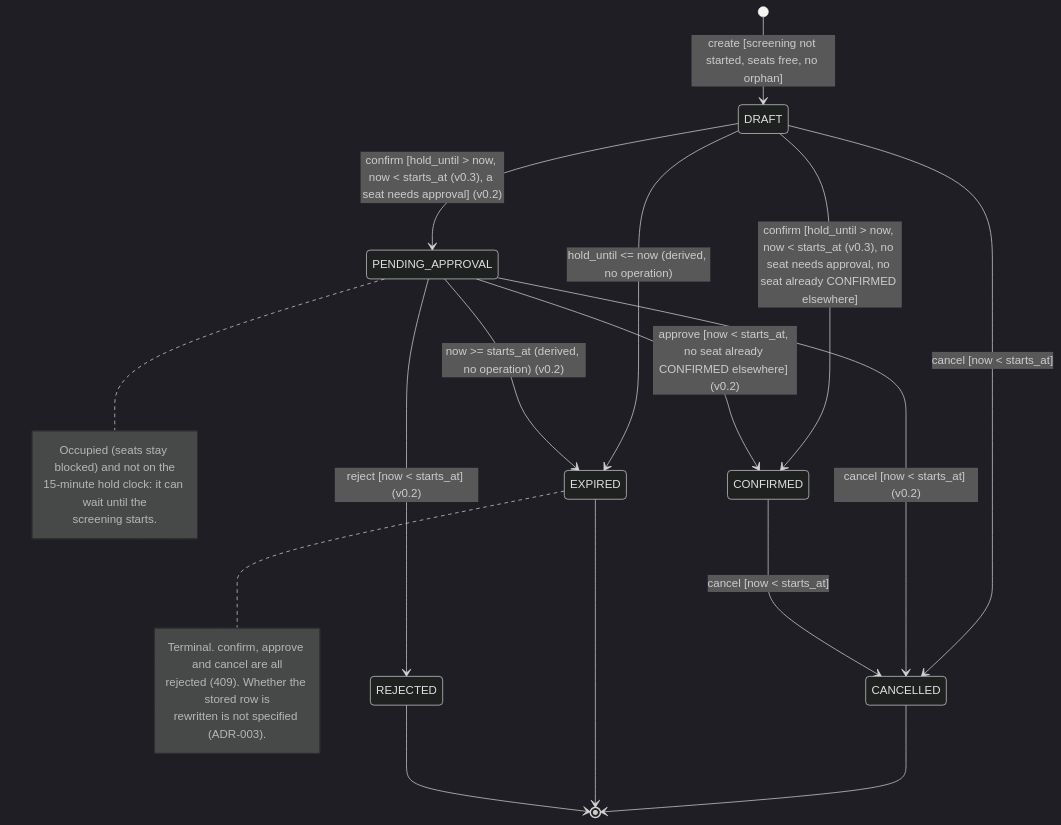
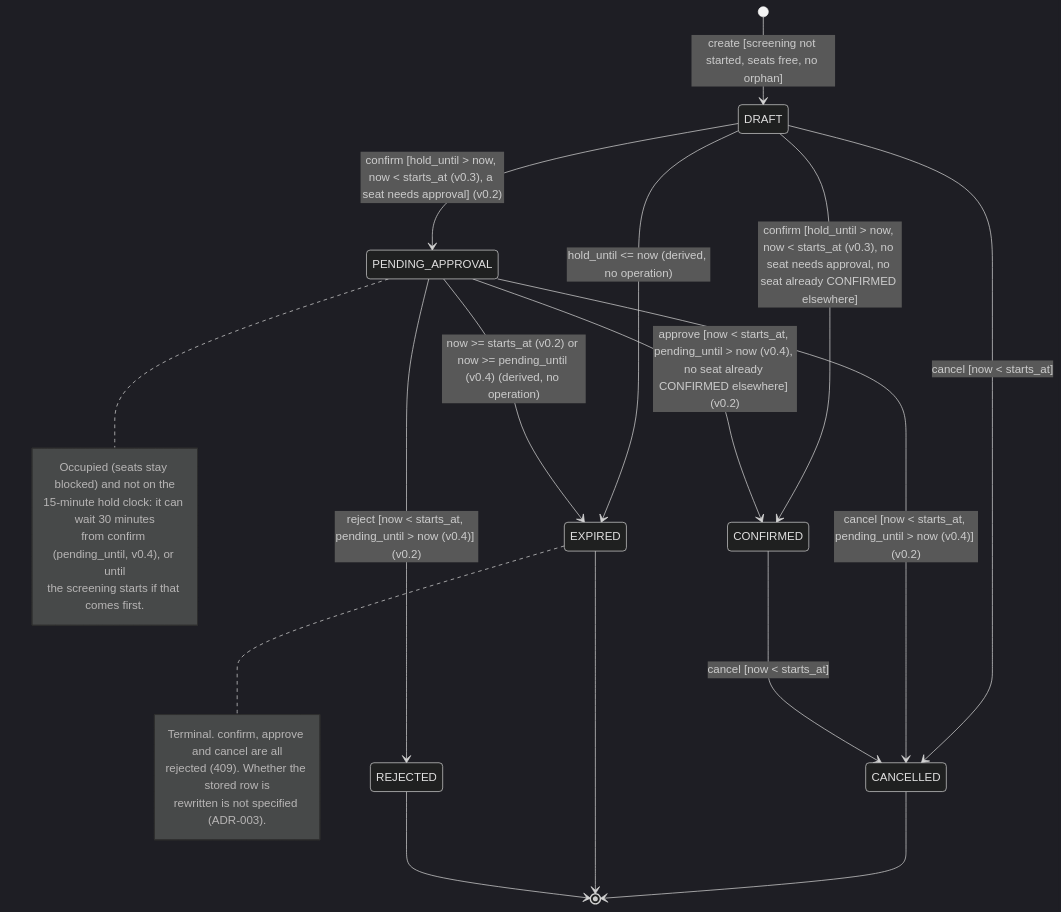
The second of 7 diagrams in docs/diagrams.md (SerpentSide/SWI_Projekt), drawn with Mermaid (dark theme) before and after one commit. The commit also changed other lines of this file and 12 other files, not shown here.

````diff
--- a/docs/diagrams.md
+++ b/docs/diagrams.md
@@ -80,28 +91,29 @@
 ```mermaid
 stateDiagram-v2
     [*] --> DRAFT: create [screening not started, seats free, no orphan]
     DRAFT --> CONFIRMED: confirm [hold_until > now, now < starts_at (v0.3), no seat needs approval, no seat already CONFIRMED elsewhere]
     DRAFT --> PENDING_APPROVAL: confirm [hold_until > now, now < starts_at (v0.3), a seat needs approval] (v0.2)
-    PENDING_APPROVAL --> CONFIRMED: approve [now < starts_at, no seat already CONFIRMED elsewhere] (v0.2)
-    PENDING_APPROVAL --> REJECTED: reject [now < starts_at] (v0.2)
+    PENDING_APPROVAL --> CONFIRMED: approve [now < starts_at, pending_until > now (v0.4), no seat already CONFIRMED elsewhere] (v0.2)
+    PENDING_APPROVAL --> REJECTED: reject [now < starts_at, pending_until > now (v0.4)] (v0.2)
     DRAFT --> CANCELLED: cancel [now < starts_at]
-    PENDING_APPROVAL --> CANCELLED: cancel [now < starts_at] (v0.2)
+    PENDING_APPROVAL --> CANCELLED: cancel [now < starts_at, pending_until > now (v0.4)] (v0.2)
     CONFIRMED --> CANCELLED: cancel [now < starts_at]
     DRAFT --> EXPIRED: hold_until <= now (derived, no operation)
-    PENDING_APPROVAL --> EXPIRED: now >= starts_at (derived, no operation) (v0.2)
+    PENDING_APPROVAL --> EXPIRED: now >= starts_at (v0.2) or now >= pending_until (v0.4) (derived, no operation)
     CANCELLED --> [*]
     EXPIRED --> [*]
     REJECTED --> [*]
 
     note right of PENDING_APPROVAL
         Occupied (seats stay blocked) and not on the
-        15-minute hold clock: it can wait until the
-        screening starts.
+        15-minute hold clock: it can wait 30 minutes
+        from confirm (pending_until, v0.4), or until
+        the screening starts if that comes first.
     end note
 
     note right of EXPIRED
         Terminal. confirm, approve and cancel are all
         rejected (409). Whether the stored row is
         rewritten is not specified (ADR-003).
     end note
 ```
````
